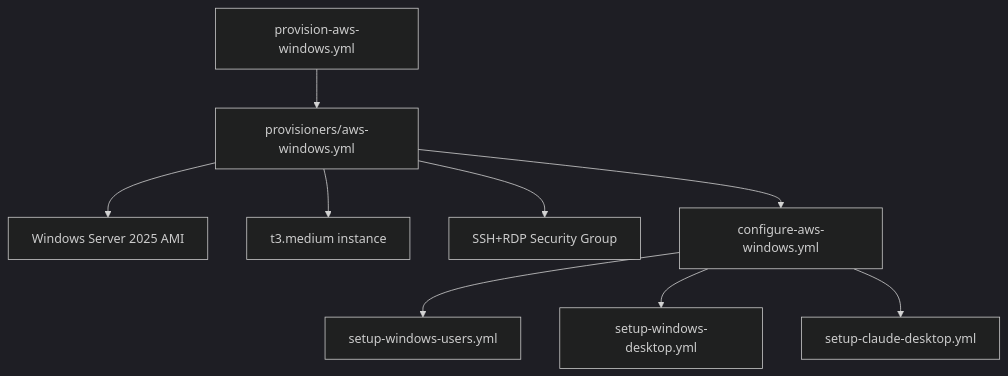
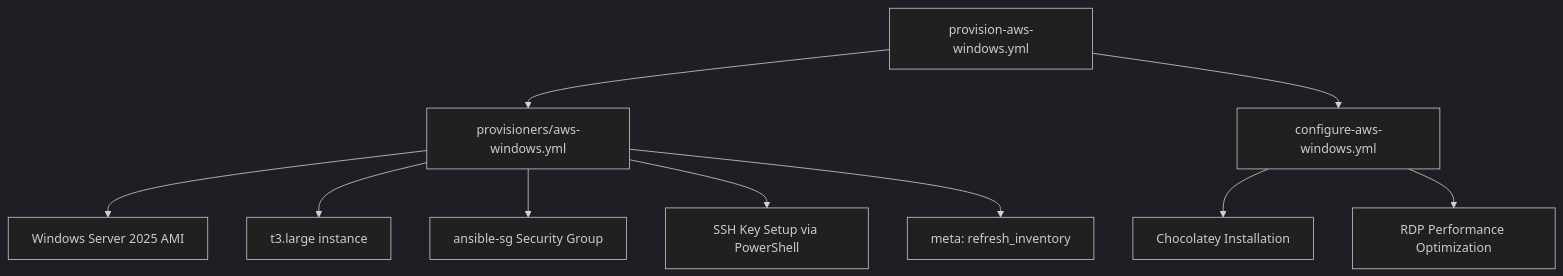
One commit to wonderbird/ansible-all-my-things changed the diagram in memory-bank/systemPatterns.md. Above: the diagram before and after it, drawn with Mermaid (dark theme). The commit also changed other lines of this file and 5 other files, not shown here.

````diff
--- a/memory-bank/systemPatterns.md
+++ b/memory-bank/systemPatterns.md
@@ -83,11 +85,12 @@
 ```mermaid
 graph TD
     A[provision-aws-windows.yml] --> B[provisioners/aws-windows.yml]
     B --> C[Windows Server 2025 AMI]
-    B --> D[t3.medium instance]
-    B --> E[SSH+RDP Security Group]
-    B --> F[configure-aws-windows.yml]
-    F --> G[setup-windows-users.yml]
-    F --> H[setup-windows-desktop.yml]
-    F --> I[setup-claude-desktop.yml]
+    B --> D[t3.large instance]
+    B --> E[ansible-sg Security Group]
+    B --> F[SSH Key Setup via PowerShell]
+    B --> G[meta: refresh_inventory]
+    A --> H[configure-aws-windows.yml]
+    H --> I[Chocolatey Installation]
+    H --> J[RDP Performance Optimization]
 ```
````
